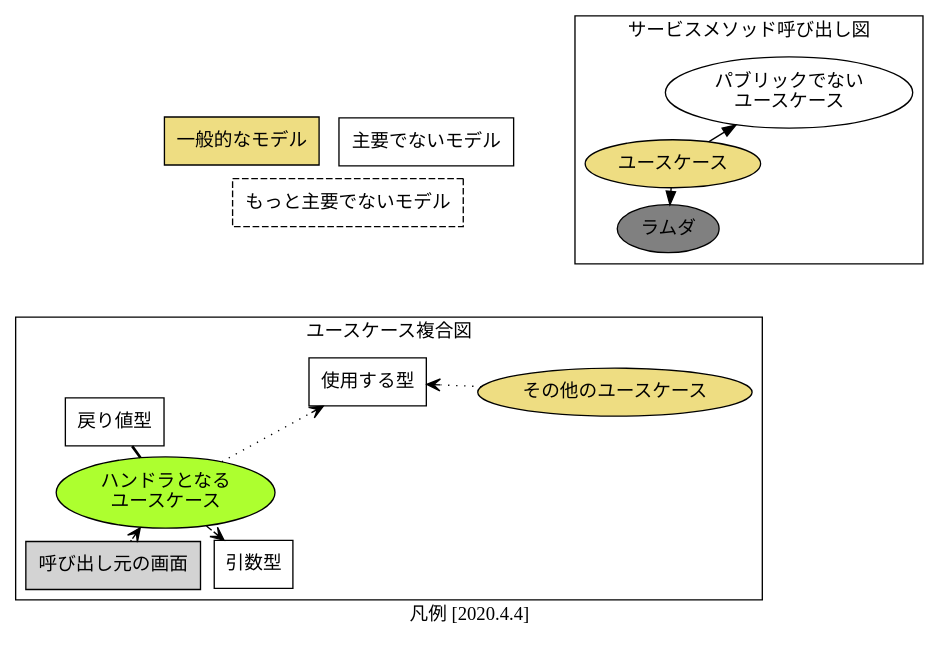
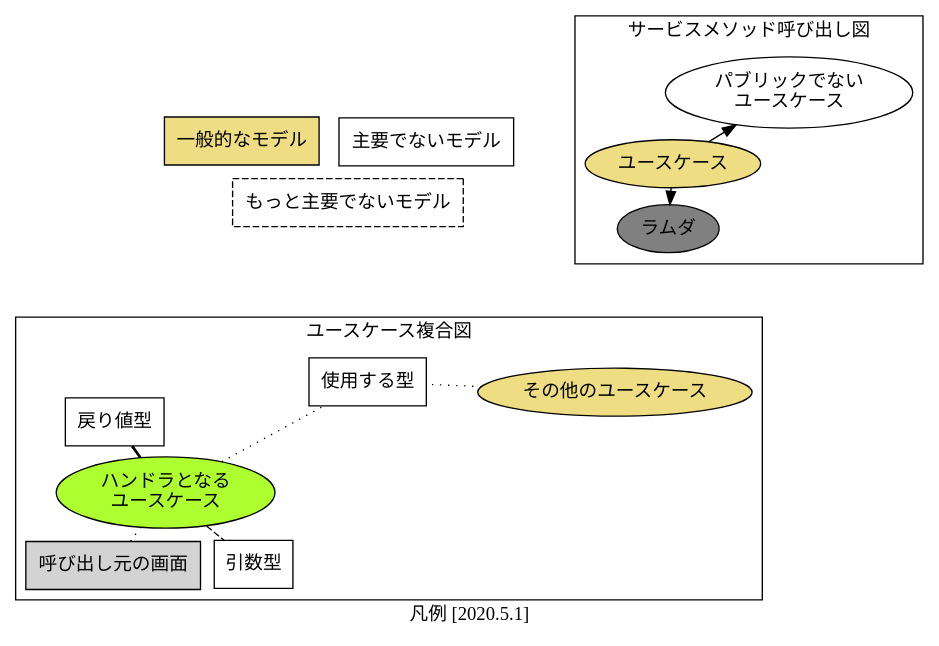
One commit to dddjava/jig changed the diagram in legend.gv. Above: the diagram before and after it, drawn with Graphviz. The commit also changed 2 other files, not shown here.

Commit message:
ユースケース複合図の関連線から方向をなくす
ノイズなので。

```diff
--- a/legend.gv
+++ b/legend.gv
@@ -1,48 +1,48 @@
 digraph {
     layout = fdp;
-    label = "凡例 [2020.4.4]";
+    label = "凡例 [2020.5.1]";
     node [shape = box,style = filled,fillcolor = lightgoldenrod];
-
 
     subgraph cluster1 {
     label = "サービスメソッド呼び出し図"
 
     usecase [label = "ユースケース", shape = ellipse];
     nonPublicUsecase [label = "パブリックでない\nユースケース", fillcolor = black, style = solid, shape = ellipse];
     lambda [label = "ラムダ", shape = ellipse, fillcolor = gray];
 
     usecase -> nonPublicUsecase
     usecase -> lambda
     }
     subgraph cluster2 {
     label = "ユースケース複合図"
+    edge [arrowhead = none];
 
     handlerUsecase [label = "ハンドラとなる\nユースケース", fillcolor = greenyellow, shape = ellipse];
     otherUsecase [label = "その他のユースケース", shape = ellipse];
 
     screen [label = "呼び出し元の画面", shape = box, style = filled, fillcolor = lightgray];
     returnModel [label = "戻り値型", style = solid, fillcolor = whitesmoke]
     requireModel [label = "引数型", style = solid, fillcolor = whitesmoke]
     usingModel [label = "使用する型", style = solid, fillcolor = whitesmoke]
 
-    screen -> handlerUsecase [style = dotted,arrowhead = open];
-    handlerUsecase -> returnModel [style = bold,arrowhead = none];
-    handlerUsecase -> requireModel [style = dashed,arrowhead = open];
-    handlerUsecase -> usingModel [style = dotted,arrowhead = open];
+    screen -> handlerUsecase [style = dotted];
+    handlerUsecase -> returnModel [style = bold];
+    handlerUsecase -> requireModel [style = dashed];
+    handlerUsecase -> usingModel [style = dotted];
 
-    otherUsecase -> usingModel [style = dotted,arrowhead = open];
+    otherUsecase -> usingModel [style = dotted];
     }
 
     model [label = "一般的なモデル"];
     other1 [label = "主要でないモデル", style = solid, fillcolor = whitesmoke];
     other2 [label = "もっと主要でないモデル", style = dashed, fillcolor = whitesmoke];
 
     {
     # 出力上近くに置くための関連
     edge [color = none,arrowhead = none];
 
     model -> other1;
     model -> other2;
     other1 -> other2;
     }
 }
```
